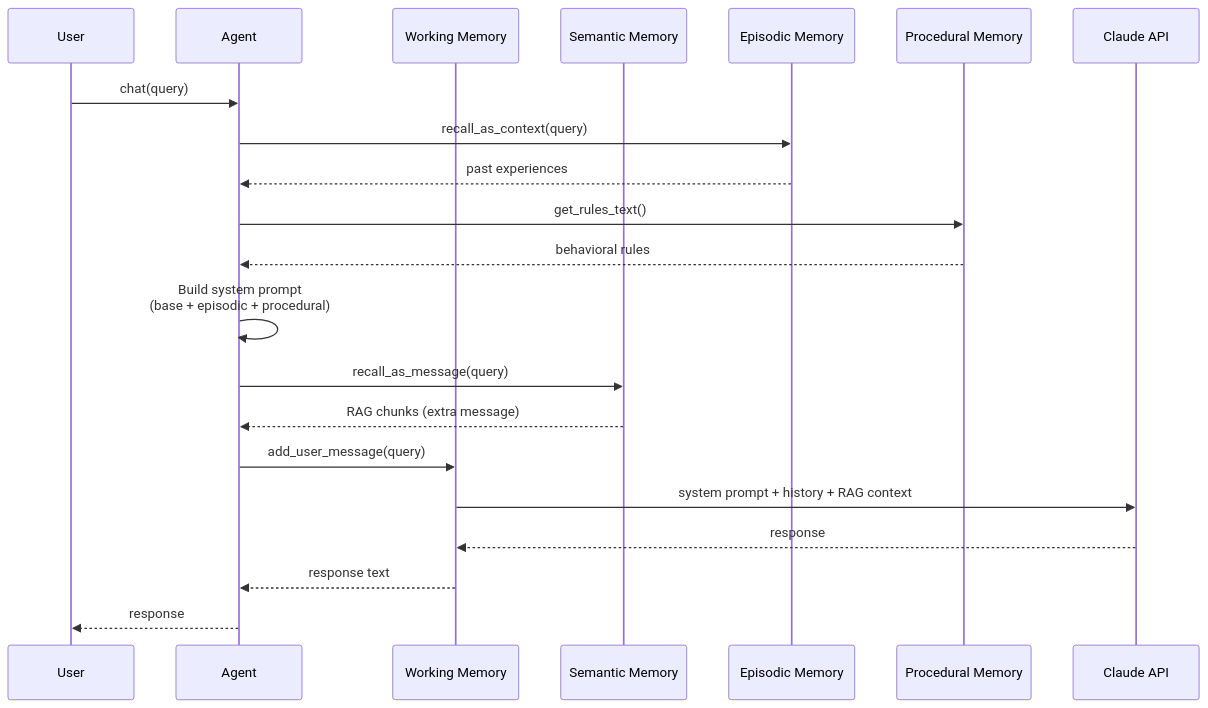
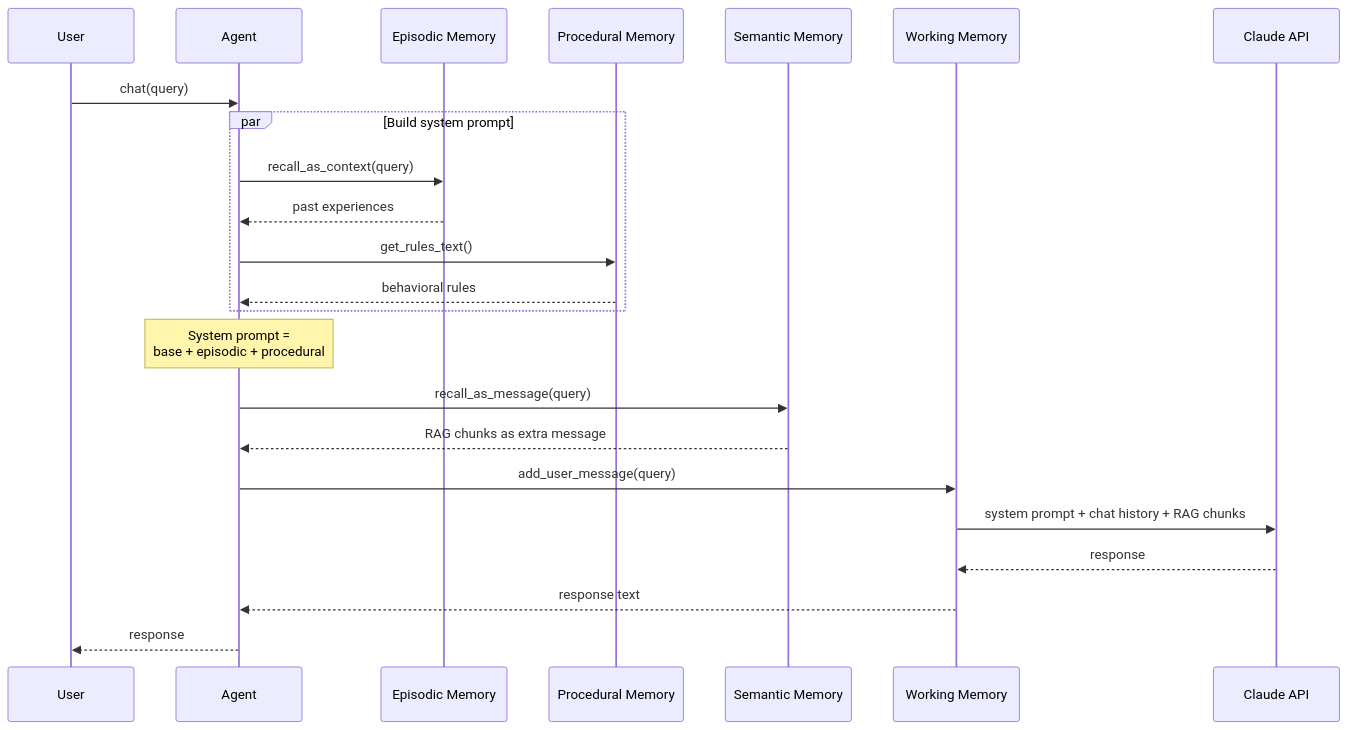
Before and after one commit to apattichis/cognitive-memory-agent: the second of 4 diagrams in ARCHITECTURE.md, drawn with Mermaid. The commit also changed other lines of this file and 1 other file, not shown here.

First line of the commit message:
docs: fix architecture diagrams and add flow chart to README

````diff
--- a/ARCHITECTURE.md
+++ b/ARCHITECTURE.md
@@ -31,24 +30,29 @@
 ```mermaid
 sequenceDiagram
     participant U as User
     participant A as Agent
-    participant WM as Working Memory
-    participant SM as Semantic Memory
     participant EM as Episodic Memory
     participant PM as Procedural Memory
+    participant SM as Semantic Memory
+    participant WM as Working Memory
     participant LLM as Claude API
 
     U->>A: chat(query)
-    A->>EM: recall_as_context(query)
-    EM-->>A: past experiences
-    A->>PM: get_rules_text()
-    PM-->>A: behavioral rules
-    A->>A: Build system prompt<br/>(base + episodic + procedural)
+
+    par Build system prompt
+        A->>EM: recall_as_context(query)
+        EM-->>A: past experiences
+        A->>PM: get_rules_text()
+        PM-->>A: behavioral rules
+    end
+    Note over A: System prompt =<br/>base + episodic + procedural
+
     A->>SM: recall_as_message(query)
-    SM-->>A: RAG chunks (extra message)
+    SM-->>A: RAG chunks as extra message
+
     A->>WM: add_user_message(query)
-    WM->>LLM: system prompt + history + RAG context
+    WM->>LLM: system prompt + chat history + RAG chunks
     LLM-->>WM: response
     WM-->>A: response text
     A-->>U: response
 ```
````
